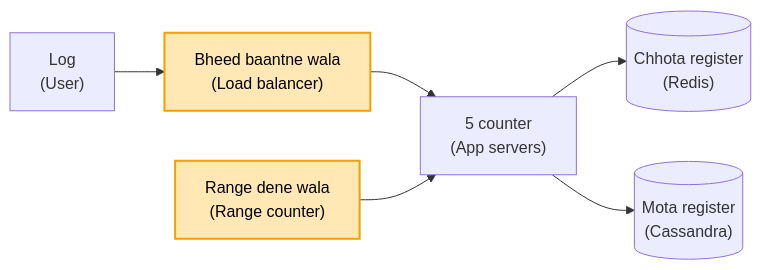
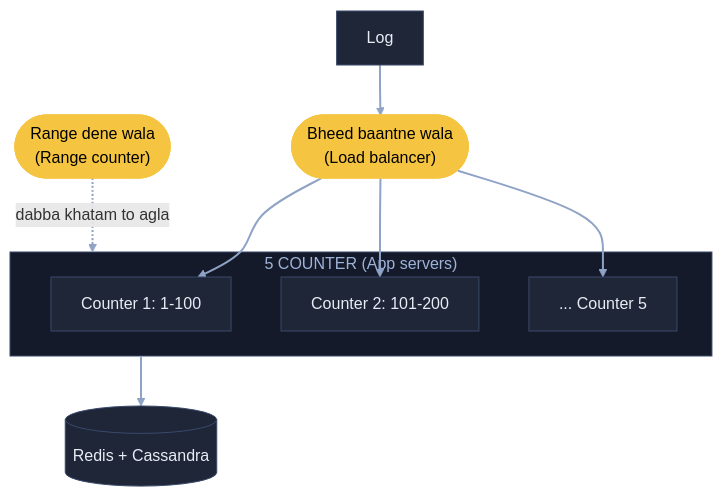
Before and after one commit to ArpanMaheshwari144/Prep: the sixth of 13 diagrams in 04_HLD/SYSTEM_DESIGNS/01_url_shortener/01_url_shortener.md, drawn with Mermaid. The commit also changed other lines of this file, not shown here.

Commit message:
URL shortener: 13 diagram YouTube (reel) wale card andaaz me

````diff
--- a/04_HLD/SYSTEM_DESIGNS/01_url_shortener/01_url_shortener.md
+++ b/04_HLD/SYSTEM_DESIGNS/01_url_shortener/01_url_shortener.md
@@ -130,10 +184,24 @@
 ```mermaid
-flowchart LR
-    U["Log<br/>(User)"] --> LB["Bheed baantne wala<br/>(Load balancer)"]
-    LB --> C["5 counter<br/>(App servers)"]
-    M["Range dene wala<br/>(Range counter)"] --> C
-    C --> R[("Chhota register<br/>(Redis)")]
-    C --> D[("Mota register<br/>(Cassandra)")]
-    style LB fill:#ffe8b3,stroke:#f59f00,stroke-width:2px,color:#000
-    style M fill:#ffe8b3,stroke:#f59f00,stroke-width:2px,color:#000
+flowchart TB
+    U["Log"]:::card
+    LB(["Bheed baantne wala<br/>(Load balancer)"]):::pill
+    subgraph AS["5 COUNTER (App servers)"]
+        C1["Counter 1: 1-100"]:::card
+        C2["Counter 2: 101-200"]:::card
+        C5["... Counter 5"]:::card
+    end
+    M(["Range dene wala<br/>(Range counter)"]):::pill
+    DB[("Redis + Cassandra")]:::card
+    U --> LB
+    LB --> C1
+    LB --> C2
+    LB --> C5
+    M -. "dabba khatam to agla" .-> AS
+    AS --> DB
+    linkStyle default stroke:#8fa3c7,stroke-width:2px
+    classDef card fill:#1e2638,stroke:#3a4a6b,color:#e8ecf5
+    classDef pill fill:#f5c542,stroke:#f5c542,color:#000
+    classDef good fill:#2e7d4f,stroke:#3fbf6f,color:#fff
+    classDef bad fill:#5c1f24,stroke:#e05561,color:#fff
+    style AS fill:#141a29,stroke:#3a4a6b,color:#9fb3d9
 ```
````
